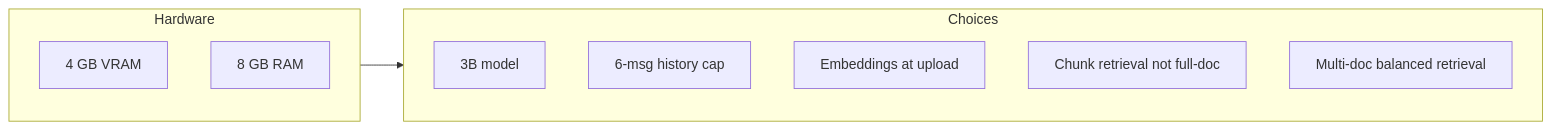
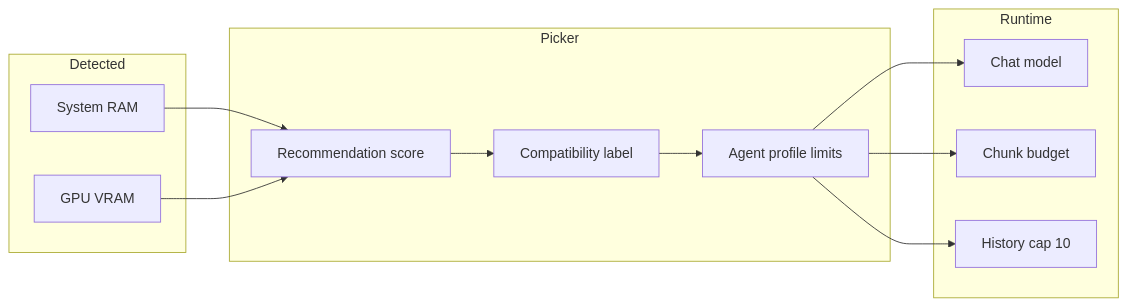
Before and after one commit to Garvit-821/Private-Legal-Research-Agent: the eighth of 9 diagrams in README.md, drawn with Mermaid. The commit also changed other lines of this file, not shown here.

Commit message:
docs: document Agent Picker, JSON v1 API, and updated architecture

````diff
--- a/README.md
+++ b/README.md
@@ -724,15 +713,24 @@
 ```mermaid
 graph LR
-    subgraph Hardware
-        GPU[4 GB VRAM]
-        RAM[8 GB RAM]
+    subgraph Detected
+        RAM[System RAM]
+        VRAM[GPU VRAM]
     end
-    subgraph Choices
-        M[3B model]
-        H[6-msg history cap]
-        E[Embeddings at upload]
-        C[Chunk retrieval not full-doc]
-        MD[Multi-doc balanced retrieval]
+    subgraph Picker
+        SCORE[Recommendation score]
+        LABEL[Compatibility label]
+        PROFILE[Agent profile limits]
     end
-    Hardware --> Choices
+    subgraph Runtime
+        CHAT[Chat model]
+        CHUNKS[Chunk budget]
+        HIST[History cap 10]
+    end
+    RAM --> SCORE
+    VRAM --> SCORE
+    SCORE --> LABEL
+    LABEL --> PROFILE
+    PROFILE --> CHAT
+    PROFILE --> CHUNKS
+    PROFILE --> HIST
 ```
````
